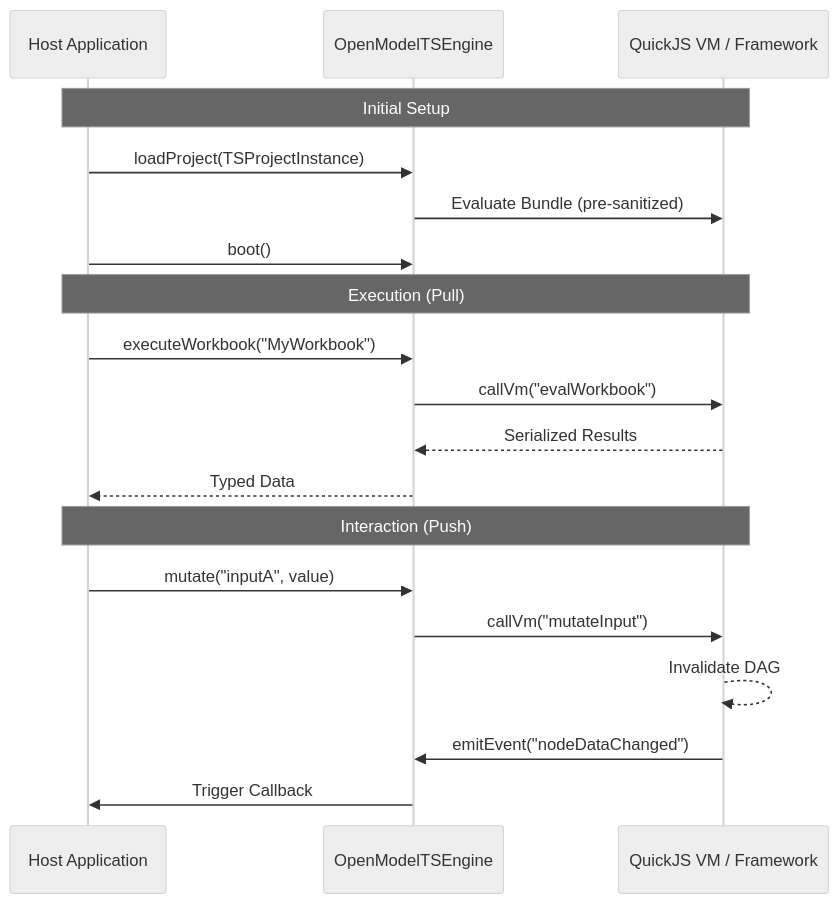
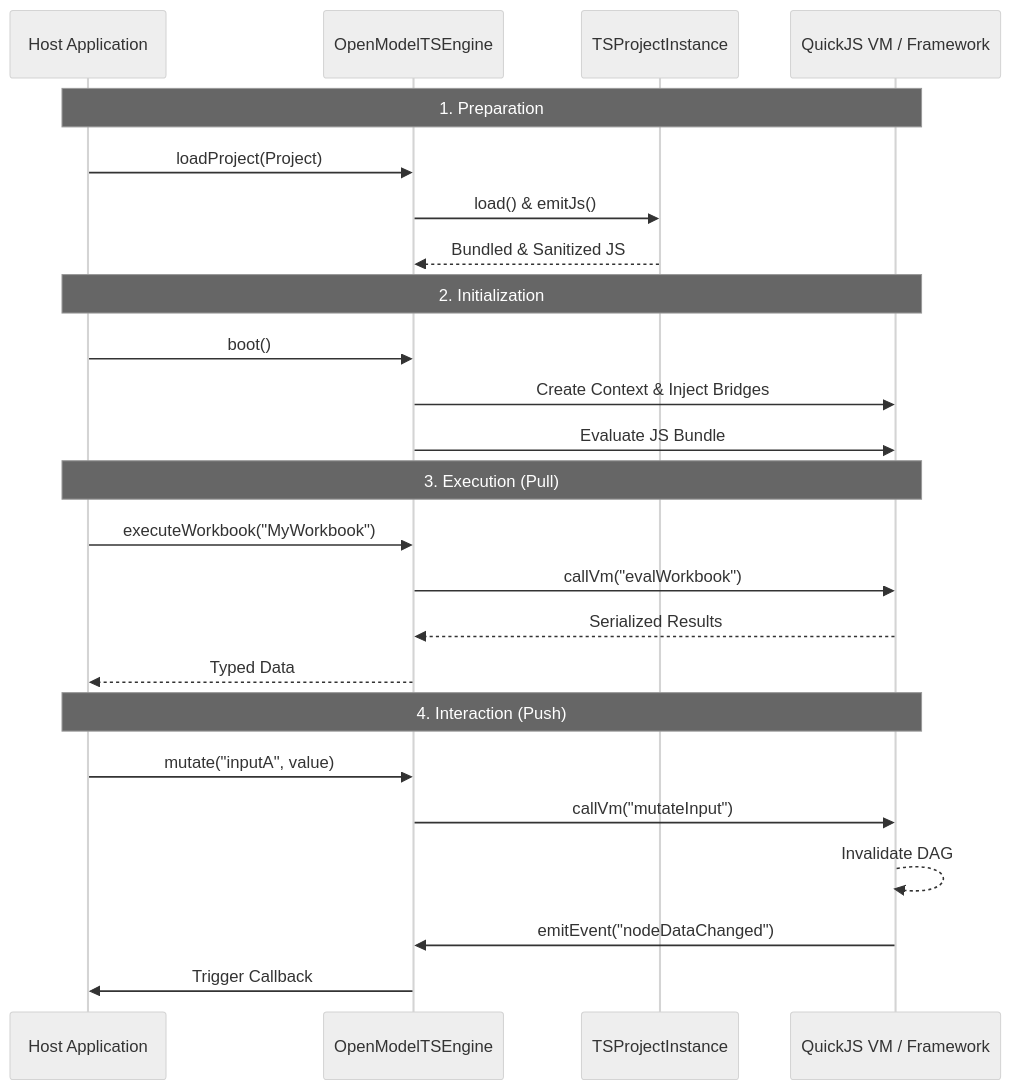
The third of 3 diagrams in docs/ARCHITECTURE.md (rimvydasb/open-modeler-bindings), drawn with Mermaid (neutral theme) before and after one commit. The commit also changed other lines of this file and 13 other files, not shown here.

````diff
--- a/docs/ARCHITECTURE.md
+++ b/docs/ARCHITECTURE.md
@@ -56,21 +111,30 @@
 ```mermaid
 sequenceDiagram
     participant Host as Host Application
     participant Engine as OpenModelTSEngine
+    participant Project as TSProjectInstance
     participant VM as QuickJS VM / Framework
-    Note over Host, VM: Initial Setup
-    Host ->> Engine: loadProject(TSProjectInstance)
-    Engine ->> VM: Evaluate Bundle (pre-sanitized)
+
+    Note over Host, VM: 1. Preparation
+    Host ->> Engine: loadProject(Project)
+    Engine ->> Project: load() & emitJs()
+    Project -->> Engine: Bundled & Sanitized JS
+
+    Note over Host, VM: 2. Initialization
     Host ->> Engine: boot()
-    Note over Host, VM: Execution (Pull)
+    Engine ->> VM: Create Context & Inject Bridges
+    Engine ->> VM: Evaluate JS Bundle
+
+    Note over Host, VM: 3. Execution (Pull)
     Host ->> Engine: executeWorkbook("MyWorkbook")
     Engine ->> VM: callVm("evalWorkbook")
     VM -->> Engine: Serialized Results
     Engine -->> Host: Typed Data
-    Note over Host, VM: Interaction (Push)
+
+    Note over Host, VM: 4. Interaction (Push)
     Host ->> Engine: mutate("inputA", value)
     Engine ->> VM: callVm("mutateInput")
     VM -->> VM: Invalidate DAG
     VM ->> Engine: emitEvent("nodeDataChanged")
     Engine ->> Host: Trigger Callback
 ```
````
